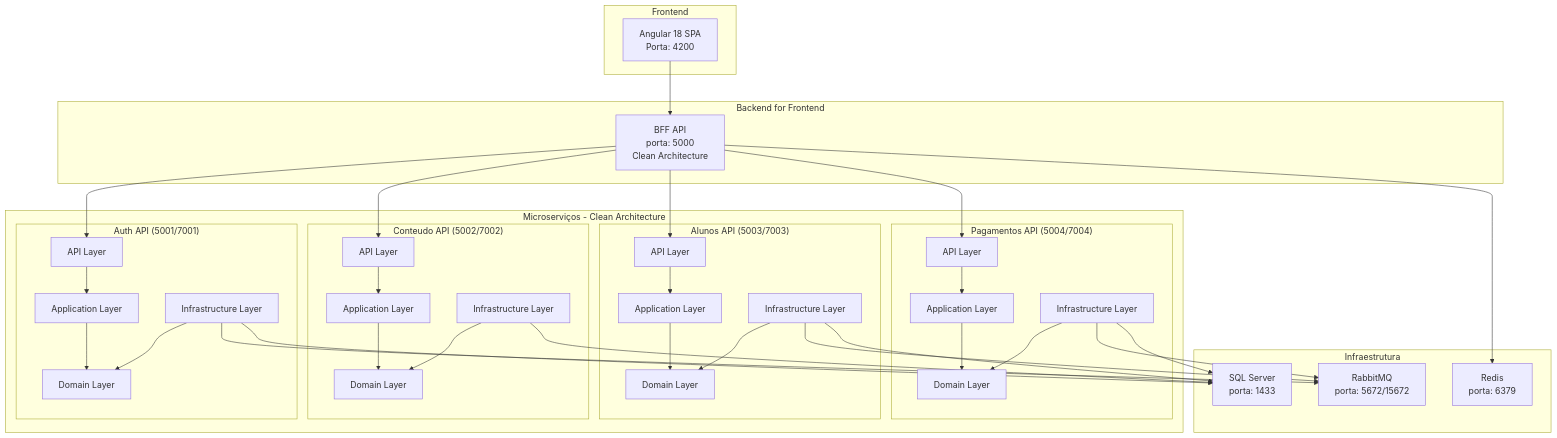
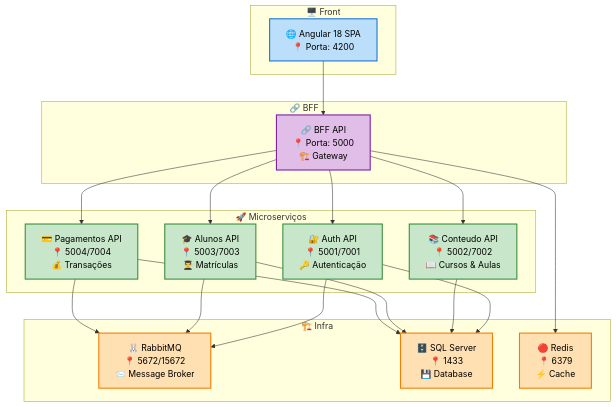
Before and after one commit to jasonamaral/mba.modulo4: the diagram in README.md, drawn with Mermaid.

Commit message:
Melhoria no diagrama

````diff
--- a/README.md
+++ b/README.md
@@ -30,80 +30,61 @@
 ```mermaid
-graph TB
-    subgraph "Frontend"
-        Angular[Angular 18 SPA<br/>Porta: 4200]
+flowchart TD
+    %% NÍVEL 1: FRONT
+    subgraph Front["🖥️ Front"]
+        Frontend[🌐 Angular 18 SPA<br/>📍 Porta: 4200]
     end
     
-    subgraph "Backend for Frontend"
-        BFF[BFF API<br/>porta: 5000<br/>Clean Architecture]
+    %% NÍVEL 2: BFF
+    subgraph BFF_Layer["🔗 BFF"]
+        BFF[🔗 BFF API<br/>📍 Porta: 5000<br/>🏗️ Gateway]
     end
     
-    subgraph "Microserviços - Clean Architecture"
-        subgraph "Auth API (5001/7001)"
-            AuthAPI[API Layer]
-            AuthApp[Application Layer]
-            AuthDomain[Domain Layer]
-            AuthInfra[Infrastructure Layer]
-        end
-        
-        subgraph "Conteudo API (5002/7002)"
-            ConteudoAPI[API Layer]
-            ConteudoApp[Application Layer]
-            ConteudoDomain[Domain Layer]
-            ConteudoInfra[Infrastructure Layer]
-        end
-        
-        subgraph "Alunos API (5003/7003)"
-            AlunosAPI[API Layer]
-            AlunosApp[Application Layer]
-            AlunosDomain[Domain Layer]
-            AlunosInfra[Infrastructure Layer]
-        end
-        
-        subgraph "Pagamentos API (5004/7004)"
-            PagamentosAPI[API Layer]
-            PagamentosApp[Application Layer]
-            PagamentosDomain[Domain Layer]
-            PagamentosInfra[Infrastructure Layer]
-        end
+    %% NÍVEL 3: MICROSERVIÇOS
+    subgraph Microservicos["🚀 Microserviços"]
+        Auth[🔐 Auth API<br/>📍 5001/7001<br/>🔑 Autenticação]
+        Conteudo[📚 Conteudo API<br/>📍 5002/7002<br/>📖 Cursos & Aulas]
+        Alunos[🎓 Alunos API<br/>📍 5003/7003<br/>👨‍🎓 Matrículas]
+        Pagamentos[💳 Pagamentos API<br/>📍 5004/7004<br/>💰 Transações]
     end
     
-    subgraph "Infraestrutura"
-        RabbitMQ[RabbitMQ<br/>porta: 5672/15672]
-        SQLServer[SQL Server<br/>porta: 1433]
-        Redis[Redis<br/>porta: 6379]
+    %% NÍVEL 4: INFRAESTRUTURA
+    subgraph Infra["🏗️ Infra"]
+        RabbitMQ[🐰 RabbitMQ<br/>📍 5672/15672<br/>📨 Message Broker]
+        SQLServer[🗄️ SQL Server<br/>📍 1433<br/>💾 Database]
+        Redis[🔴 Redis<br/>📍 6379<br/>⚡ Cache]
     end
     
-    Angular --> BFF
+    %% CONEXÕES ENTRE NÍVEIS
+    Frontend --> BFF
     
-    BFF --> AuthAPI
-    BFF --> ConteudoAPI
-    BFF --> AlunosAPI
-    BFF --> PagamentosAPI
+    BFF --> Auth
+    BFF --> Conteudo
+    BFF --> Alunos
+    BFF --> Pagamentos
     
-    AuthAPI --> AuthApp
-    AuthApp --> AuthDomain
-    AuthInfra --> AuthDomain
+    Auth --> RabbitMQ
+    Auth --> SQLServer
+    Conteudo --> SQLServer
+    Alunos --> RabbitMQ
+    Alunos --> SQLServer
+    Pagamentos --> RabbitMQ
+    Pagamentos --> SQLServer
+    BFF --> Redis
     
-    ConteudoAPI --> ConteudoApp
-    ConteudoApp --> ConteudoDomain
-    ConteudoInfra --> ConteudoDomain
+    %% ESTILOS DOS SUBGRAFOS
+    classDef frontGroup fill:#e3f2fd,stroke:#1976d2,stroke-width:3px
+    classDef bffGroup fill:#f3e5f5,stroke:#7b1fa2,stroke-width:3px
+    classDef microGroup fill:#e8f5e8,stroke:#388e3c,stroke-width:3px
+    classDef infraGroup fill:#fff3e0,stroke:#f57c00,stroke-width:3px
     
-    AlunosAPI --> AlunosApp
-    AlunosApp --> AlunosDomain
-    AlunosInfra --> AlunosDomain
+    %% ESTILOS DOS NÓDULOS
+    classDef frontend fill:#bbdefb,stroke:#1976d2,stroke-width:2px,color:#000
+    classDef bff fill:#e1bee7,stroke:#7b1fa2,stroke-width:2px,color:#000
+    classDef microservice fill:#c8e6c9,stroke:#388e3c,stroke-width:2px,color:#000
+    classDef infrastructure fill:#ffe0b2,stroke:#f57c00,stroke-width:2px,color:#000
     
-    PagamentosAPI --> PagamentosApp
-    PagamentosApp --> PagamentosDomain
-    PagamentosInfra --> PagamentosDomain
-    
-    PagamentosInfra --> RabbitMQ
-    AlunosInfra --> RabbitMQ
-    AuthInfra --> RabbitMQ
-    
-    AuthInfra --> SQLServer
-    ConteudoInfra --> SQLServer
-    AlunosInfra --> SQLServer
-    PagamentosInfra --> SQLServer
-    
-    BFF --> Redis
+    class Frontend frontend
+    class BFF bff
+    class Auth,Conteudo,Alunos,Pagamentos microservice
+    class RabbitMQ,SQLServer,Redis infrastructure
 ```
````
